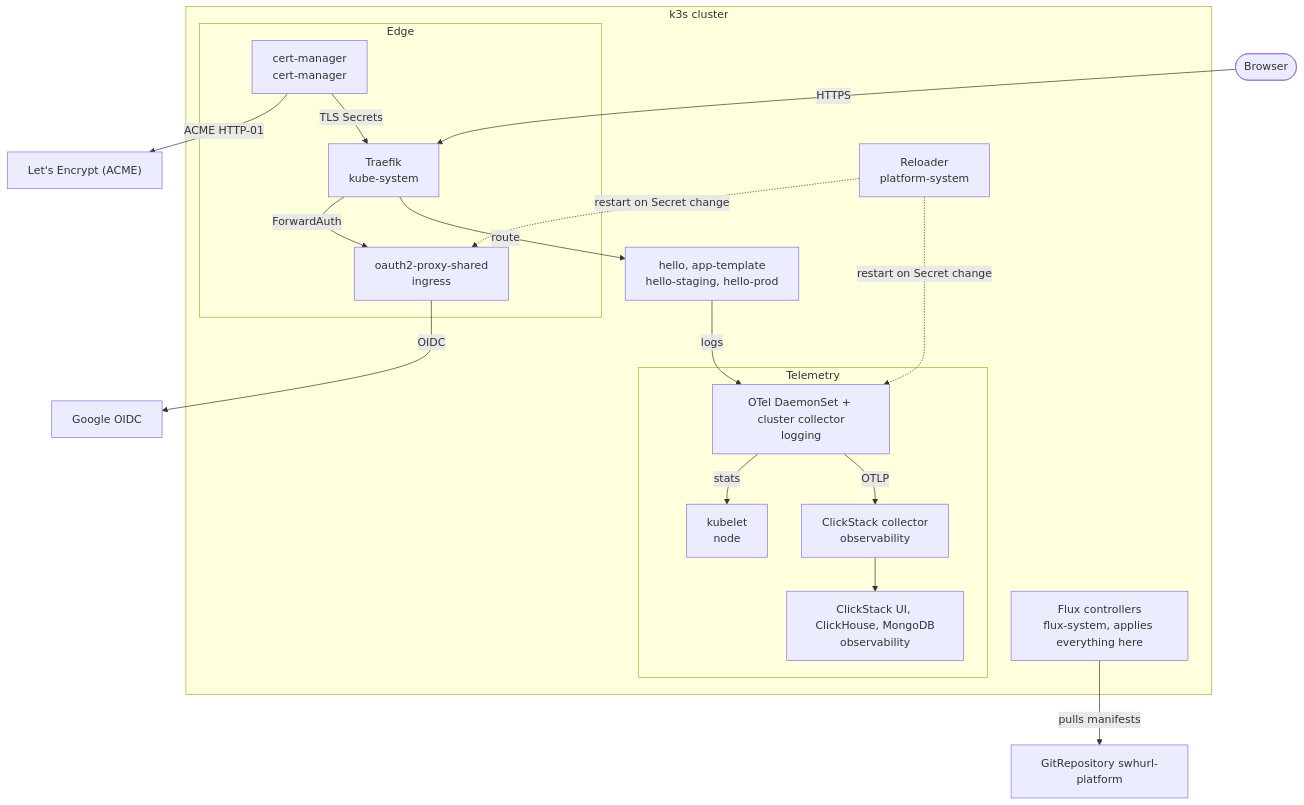
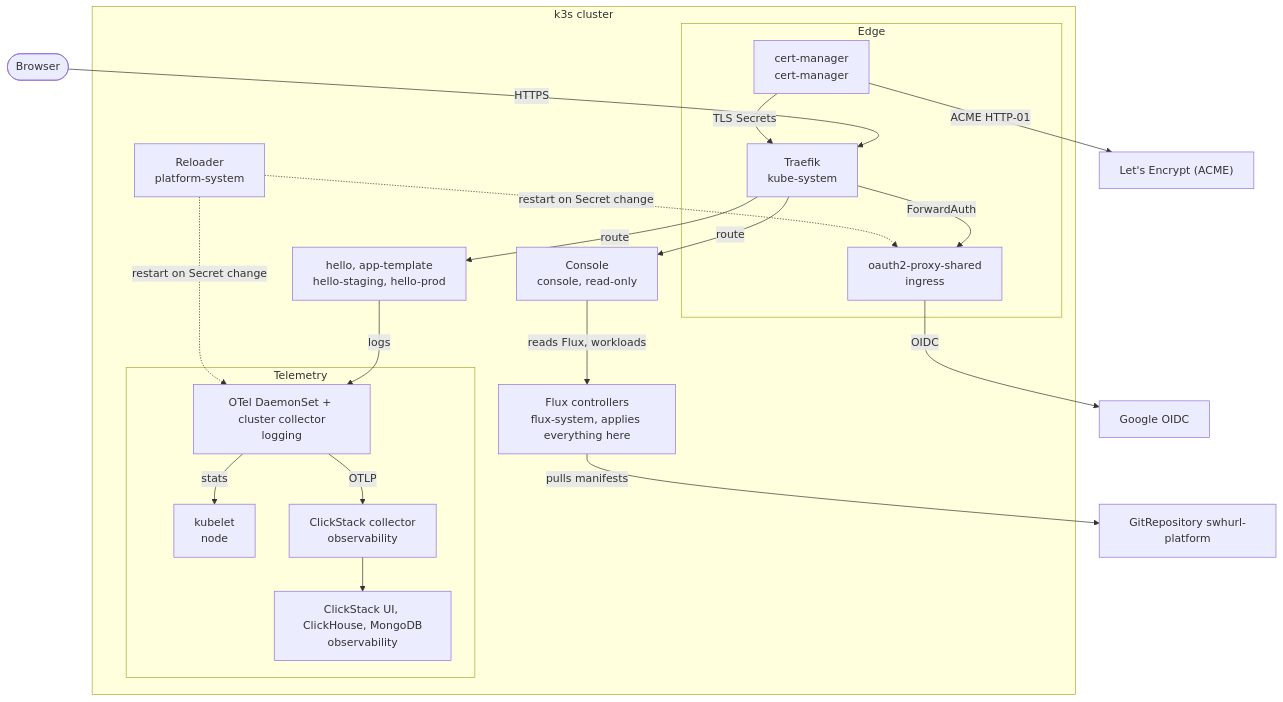
One commit to samclement/swhurl-platform changed the third of 4 diagrams in docs/architecture.md. Above: the diagram before and after it, drawn with Mermaid. The commit also changed other lines of this file and 14 other files, not shown here.

First line of the commit message:
feat: deploy the read-only console (console phase 4)

````diff
--- a/docs/architecture.md
+++ b/docs/architecture.md
@@ -97,36 +100,39 @@
 ```mermaid
 flowchart TB
   user([Browser])
   git[GitRepository swhurl-platform]
   google[Google OIDC]
   le["Let's Encrypt (ACME)"]
 
   subgraph cluster[k3s cluster]
     subgraph edge[Edge]
       traefik[Traefik<br/>kube-system]
       oauth[oauth2-proxy-shared<br/>ingress]
       cm[cert-manager<br/>cert-manager]
     end
     subgraph telemetry[Telemetry]
       otelds[OTel DaemonSet + cluster collector<br/>logging]
       kubelet[kubelet<br/>node]
       csotel[ClickStack collector<br/>observability]
       cs[ClickStack UI, ClickHouse, MongoDB<br/>observability]
     end
     flux[Flux controllers<br/>flux-system, applies everything here]
     reloader[Reloader<br/>platform-system]
+    console[Console<br/>console, read-only]
     app[hello, app-template<br/>hello-staging, hello-prod]
   end
 
   user -- HTTPS --> traefik
   traefik -- ForwardAuth --> oauth
   oauth -- OIDC --> google
   traefik -- route --> app
+  traefik -- route --> console
+  console -- reads Flux, workloads --> flux
   cm -- ACME HTTP-01 --> le
   cm -- TLS Secrets --> traefik
   app -- logs --> otelds
   otelds -- stats --> kubelet
   otelds -- OTLP --> csotel --> cs
   flux -- pulls manifests --> git
   reloader -. restart on Secret change .-> oauth & otelds
 ```
````
